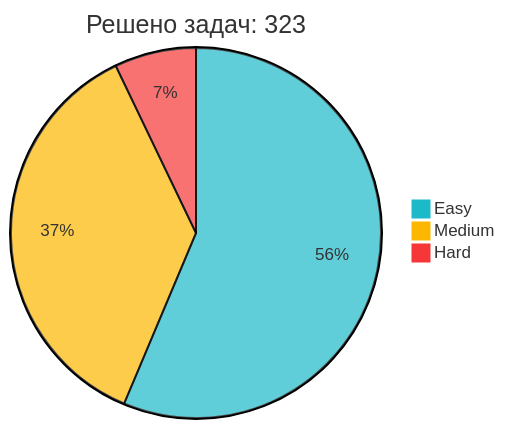
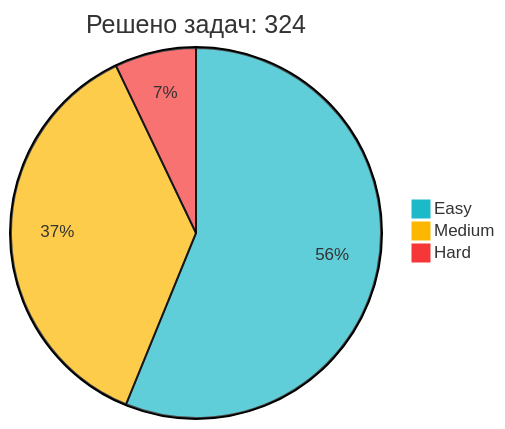
The diagram in README.md (IliaKurdukov/IliaKurdukov), drawn with Mermaid before and after one commit. The commit also changed other lines of this file, not shown here.

Commit message:
📈 Обновление статистики LeetCode

````diff
--- a/README.md
+++ b/README.md
@@ -51,7 +51,7 @@
 ```mermaid
 %%{init: {'theme': 'base', 'themeVariables': { 'pie1': '#1CBAC8', 'pie2': '#FEB700', 'pie3': '#F63737' }, 'config': {'width': 300, 'height': 200}}}%%
-pie title Решено задач: 323
+pie title Решено задач: 324
    "Easy" : 182
-   "Medium" : 118
+   "Medium" : 119
    "Hard" : 23
 ```
````
